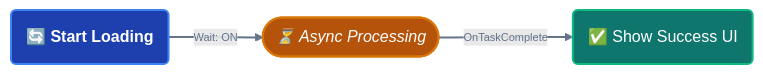
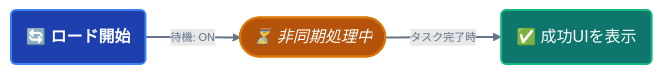
The fourth of 6 diagrams in i18n/ja/docusaurus-plugin-content-docs/current/game-event-system/flow-graph/game-event-node-behavior.md (tinygiants-tech/TinyGiants), drawn with Mermaid before and after one commit. The commit also changed other lines of this file and 81 other files, not shown here.

````diff
--- a/i18n/ja/docusaurus-plugin-content-docs/current/game-event-system/flow-graph/game-event-node-behavior.md
+++ b/i18n/ja/docusaurus-plugin-content-docs/current/game-event-system/flow-graph/game-event-node-behavior.md
@@ -454,24 +439,18 @@
 ```mermaid
 graph LR
     %% 节点定义
-    A("🔄 Start Loading"):::event
-    B(["⏳ Async Processing"]):::wait
-    C("✅ Show Success UI"):::action
+    A("🔄 ロード開始"):::event
+    B(["⏳ 非同期処理中"]):::wait
+    C("✅ 成功UIを表示"):::action
 
     %% 逻辑路径
-    A ==>|Wait: ON| B
-    B -- "OnTaskComplete" --> C
+    A ==>|待機: ON| B
+    B -- "タスク完了時" --> C
 
-    %% --- 样式定义 (保持实心质感 & 适配黑白主题) ---
-    %% Event: 深蓝色实心 + 亮蓝边框
+    %% --- 样式定义 ---
     classDef event fill:#1e40af,stroke:#3b82f6,stroke-width:2px,color:#ffffff,font-weight:bold
-    
-    %% Wait: 琥珀色实心胶囊。用颜色暗示这是一个“中间状态”
     classDef wait fill:#b45309,stroke:#d97706,stroke-width:2px,color:#ffffff,font-style:italic
-    
-    %% Action: 深绿色实心 + 亮绿边框
     classDef action fill:#0f766e,stroke:#10b981,stroke-width:2px,color:#ffffff
 
-    %% 全局连线：中性灰色，在黑白背景下表现稳定
     linkStyle default stroke:#64748b,stroke-width:2px,color:#64748b,font-size:11px
 ```
````
